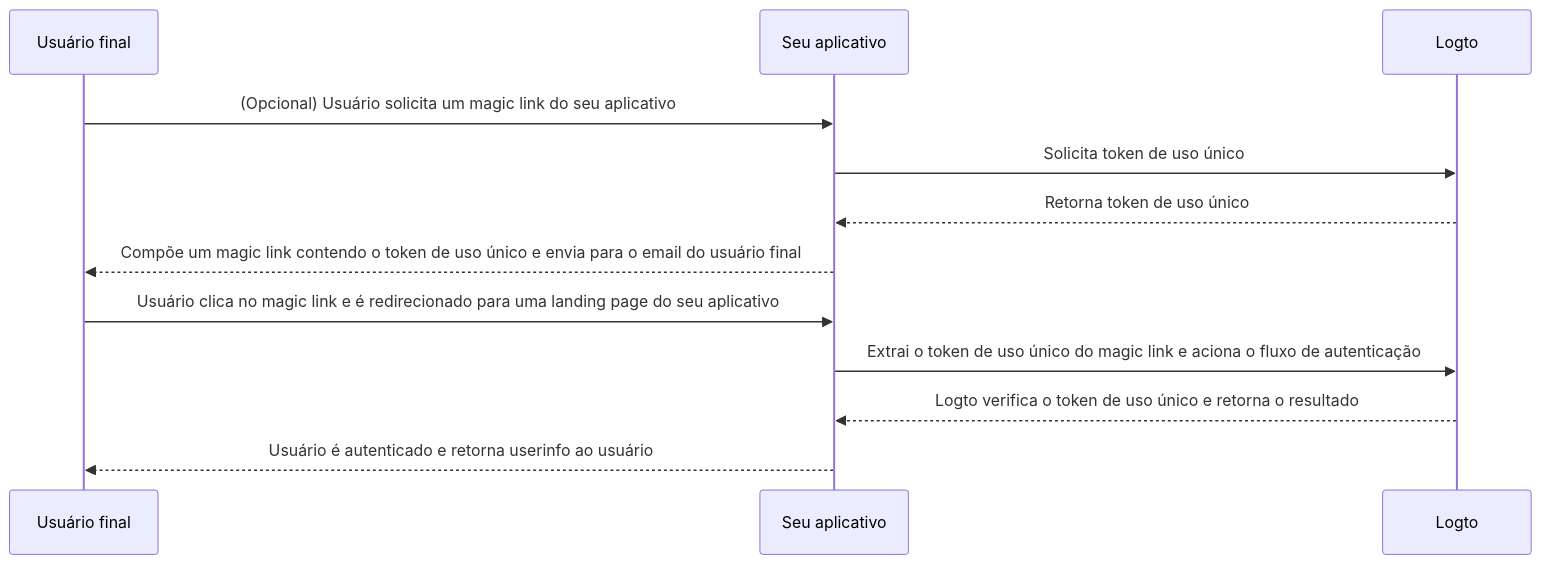
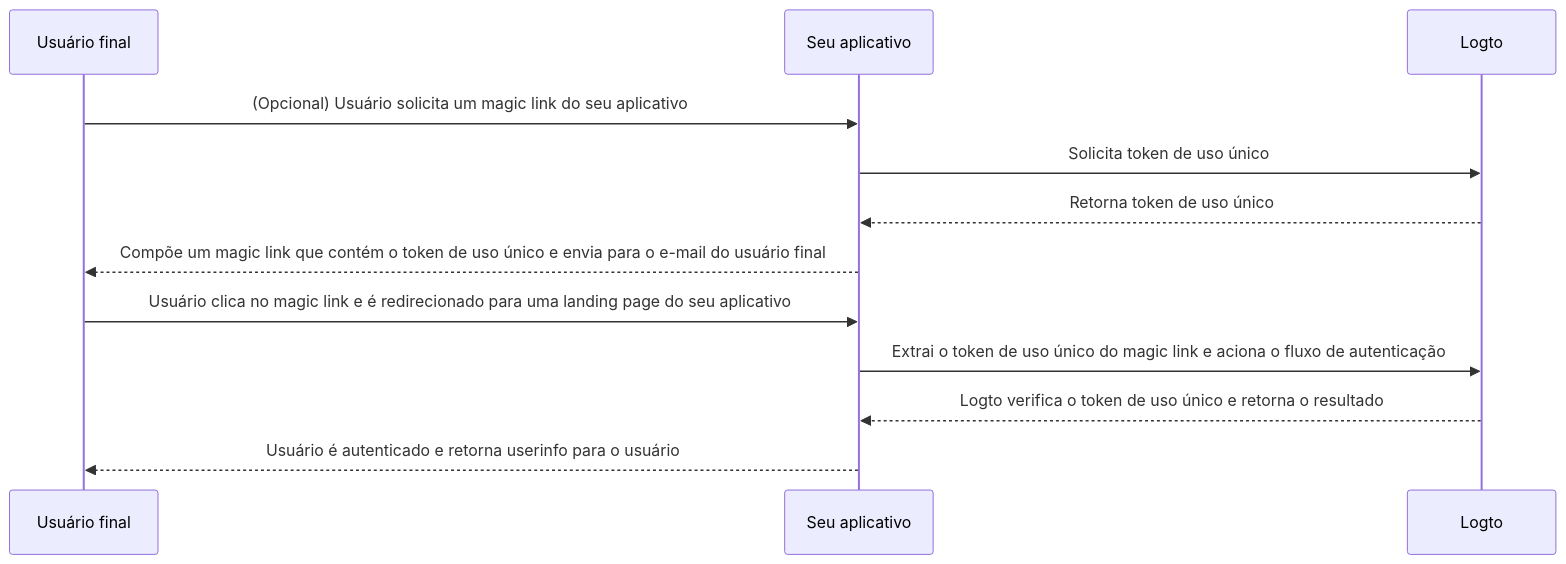
Before and after one commit to logto-io/docs: the diagram in i18n/pt-BR/docusaurus-plugin-content-docs/current/end-user-flows/one-time-token.mdx, drawn with Mermaid. The commit also changed other lines of this file and 666 other files, not shown here.

````diff
--- a/i18n/pt-BR/docusaurus-plugin-content-docs/current/end-user-flows/one-time-token.mdx
+++ b/i18n/pt-BR/docusaurus-plugin-content-docs/current/end-user-flows/one-time-token.mdx
@@ -38,15 +38,15 @@
 ```mermaid
 sequenceDiagram
   participant U as Usuário final
   participant C as Seu aplicativo
   participant L as Logto
 
   U ->> C: (Opcional) Usuário solicita um magic link do seu aplicativo
   C ->> L: Solicita token de uso único
   L -->> C: Retorna token de uso único
-  C -->> U: Compõe um magic link contendo o token de uso único e envia para o email do usuário final
+  C -->> U: Compõe um magic link que contém o token de uso único e envia para o e-mail do usuário final
   U ->> C: Usuário clica no magic link e é redirecionado para uma landing page do seu aplicativo
   C ->> L: Extrai o token de uso único do magic link e aciona o fluxo de autenticação
   L -->> C: Logto verifica o token de uso único e retorna o resultado
-  C -->> U: Usuário é autenticado e retorna userinfo ao usuário
+  C -->> U: Usuário é autenticado e retorna userinfo para o usuário
 ```
````
